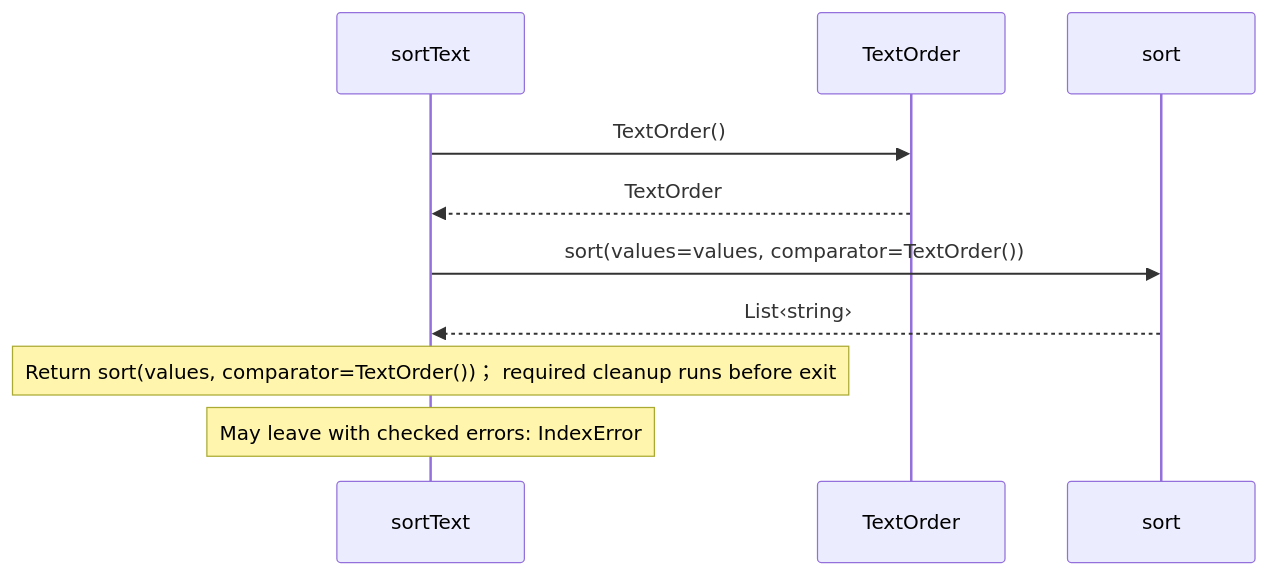
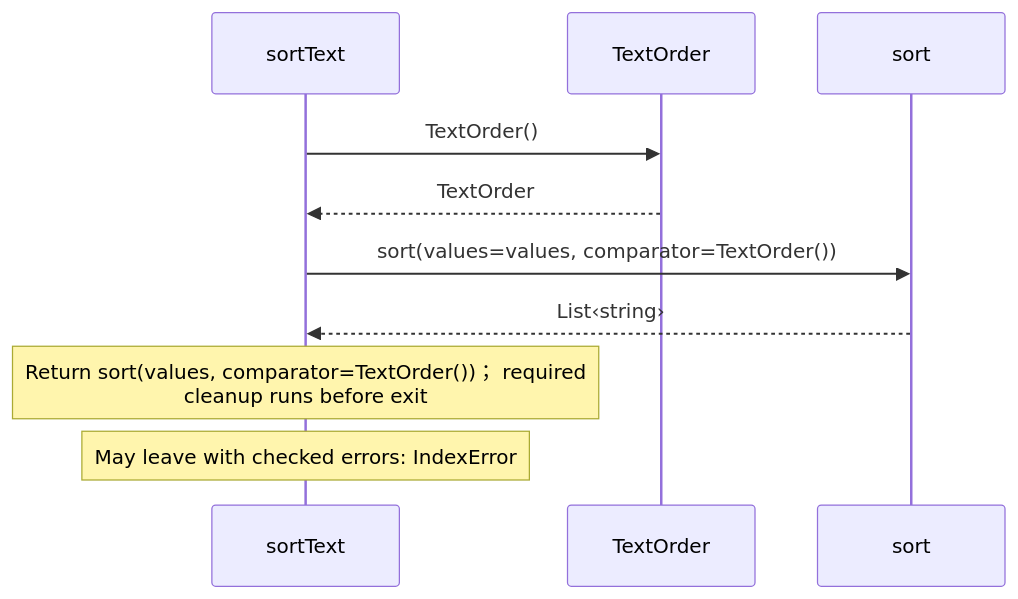
Before and after one commit to GreenPandaStudios/augscript: diagram 12 of 12 in src/stdlib/collections/operations.aug.diagrams.md, drawn with Mermaid. The commit also changed other lines of this file and 200 other files, not shown here.

Commit message:
Group imported operations and wrap readable sequence messages

````diff
--- a/src/stdlib/collections/operations.aug.diagrams.md
+++ b/src/stdlib/collections/operations.aug.diagrams.md
@@ -364,12 +362,12 @@
 ```mermaid
 sequenceDiagram
     participant p0 as sortText
     participant p1 as TextOrder
     participant p2 as sort
     p0->>p1: TextOrder()
     p1-->>p0: TextOrder
     p0->>p2: sort(values=values, comparator=TextOrder())
     p2-->>p0: List‹string›
-    Note over p0: Return sort(values, comparator=TextOrder())； required cleanup runs before exit
+    Note over p0: Return sort(values, comparator=TextOrder())； required<br/>cleanup runs before exit
     Note over p0: May leave with checked errors: IndexError
 ```
````
